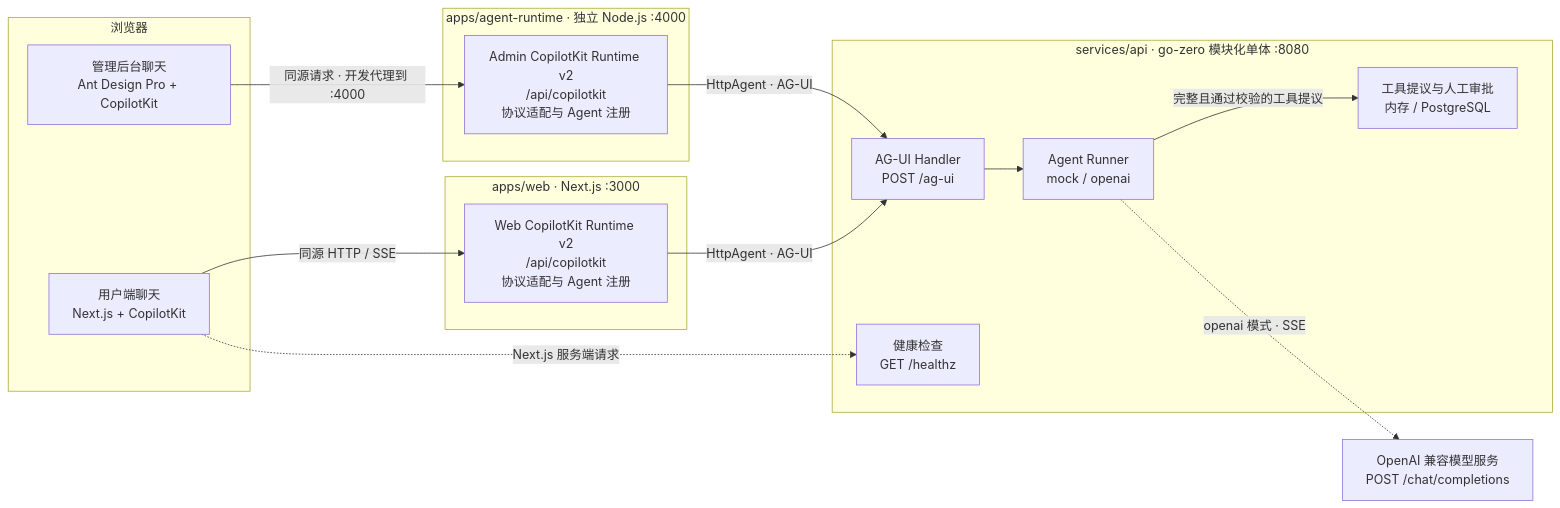
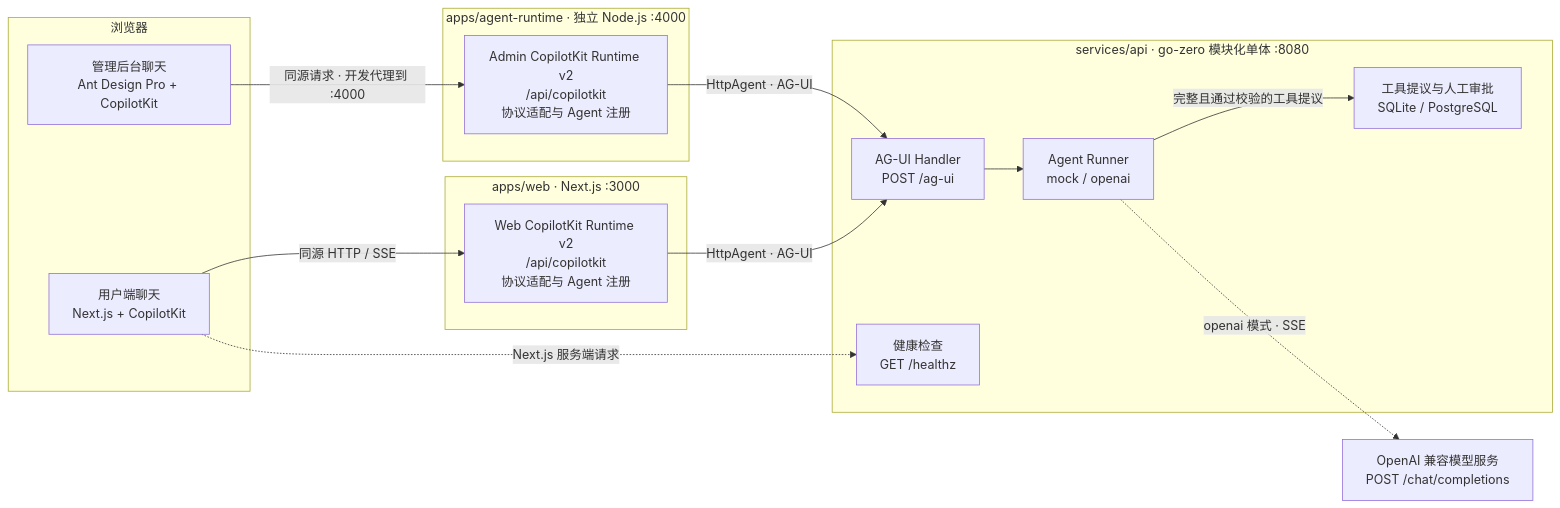
Before and after one commit to feifeigd/nexus-ai: the first of 3 diagrams in docs/architecture.md, drawn with Mermaid. The commit also changed other lines of this file and 18 other files, not shown here.

````diff
--- a/docs/architecture.md
+++ b/docs/architecture.md
@@ -7,33 +7,33 @@
 ```mermaid
 flowchart LR
     subgraph Clients["浏览器"]
         WebUI["用户端聊天<br/>Next.js + CopilotKit"]
         AdminUI["管理后台聊天<br/>Ant Design Pro + CopilotKit"]
     end
 
     subgraph WebApp["apps/web · Next.js :3000"]
         WebRuntime["Web CopilotKit Runtime v2<br/>/api/copilotkit<br/>协议适配与 Agent 注册"]
     end
 
     subgraph RuntimeService["apps/agent-runtime · 独立 Node.js :4000"]
         AdminRuntime["Admin CopilotKit Runtime v2<br/>/api/copilotkit<br/>协议适配与 Agent 注册"]
     end
 
     subgraph Backend["services/api · go-zero 模块化单体 :8080"]
         AGUI["AG-UI Handler<br/>POST /ag-ui"]
         Runner["Agent Runner<br/>mock / openai"]
-        Approval["工具提议与人工审批<br/>内存 / PostgreSQL"]
+        Approval["工具提议与人工审批<br/>SQLite / PostgreSQL"]
         Health["健康检查<br/>GET /healthz"]
         AGUI --> Runner
         Runner -->|"完整且通过校验的工具提议"| Approval
     end
 
     Model["OpenAI 兼容模型服务<br/>POST /chat/completions"]
 
     WebUI -->|"同源 HTTP / SSE"| WebRuntime
     AdminUI -->|"同源请求 · 开发代理到 :4000"| AdminRuntime
     WebRuntime -->|"HttpAgent · AG-UI"| AGUI
     AdminRuntime -->|"HttpAgent · AG-UI"| AGUI
     Runner -.->|"openai 模式 · SSE"| Model
     WebUI -.->|"Next.js 服务端请求"| Health
 ```
````
